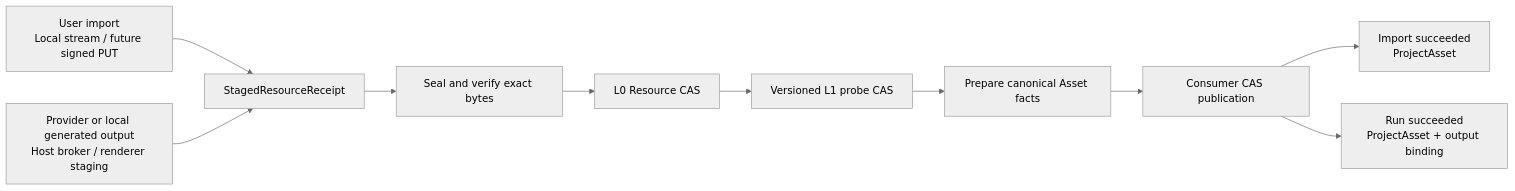
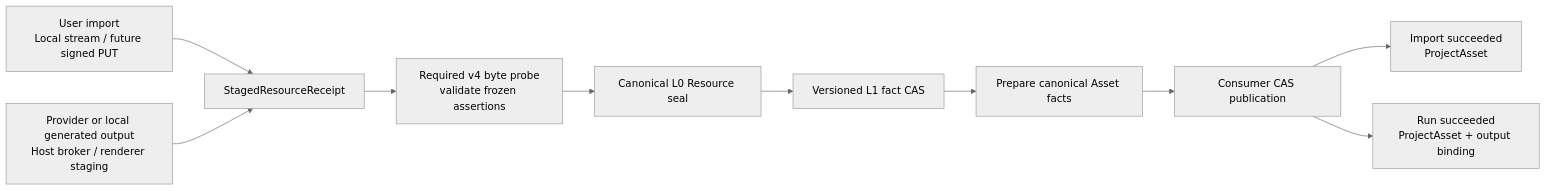
Before and after one commit to clash-space/clash: the sixth of 7 diagrams in apps/docs/guide/asset-system.md, drawn with Mermaid (neutral theme). The commit also changed other lines of this file and 63 other files, not shown here.

````diff
--- a/apps/docs/guide/asset-system.md
+++ b/apps/docs/guide/asset-system.md
@@ -717,12 +781,12 @@
 ```mermaid
 flowchart LR
   user["User import\nLocal stream / future signed PUT"] --> receipt["StagedResourceReceipt"]
   provider["Provider or local generated output\nHost broker / renderer staging"] --> receipt
-  receipt --> seal["Seal and verify exact bytes"]
-  seal --> l0["L0 Resource CAS"]
-  l0 --> l1["Versioned L1 probe CAS"]
+  receipt --> probe["Required v4 byte probe\nvalidate frozen assertions"]
+  probe --> l0["Canonical L0 Resource seal"]
+  l0 --> l1["Versioned L1 fact CAS"]
   l1 --> prepare["Prepare canonical Asset facts"]
   prepare --> publish["Consumer CAS publication"]
   publish --> imported["Import succeeded\nProjectAsset"]
   publish --> generated["Run succeeded\nProjectAsset + output binding"]
 ```
````
